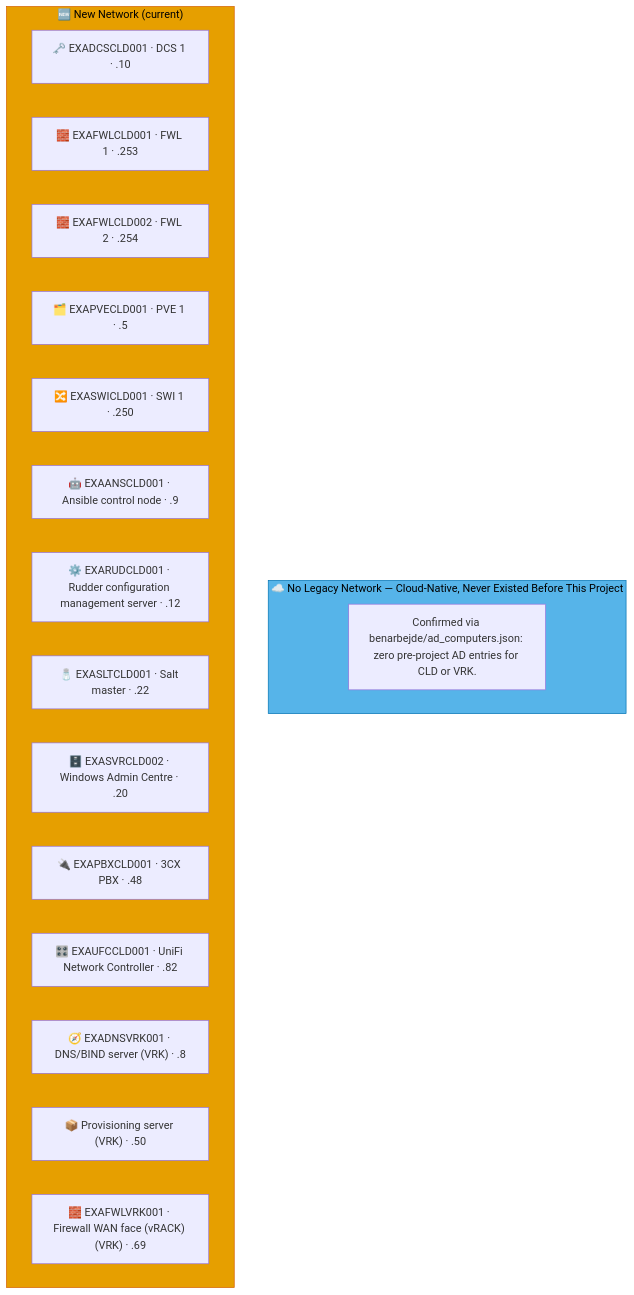
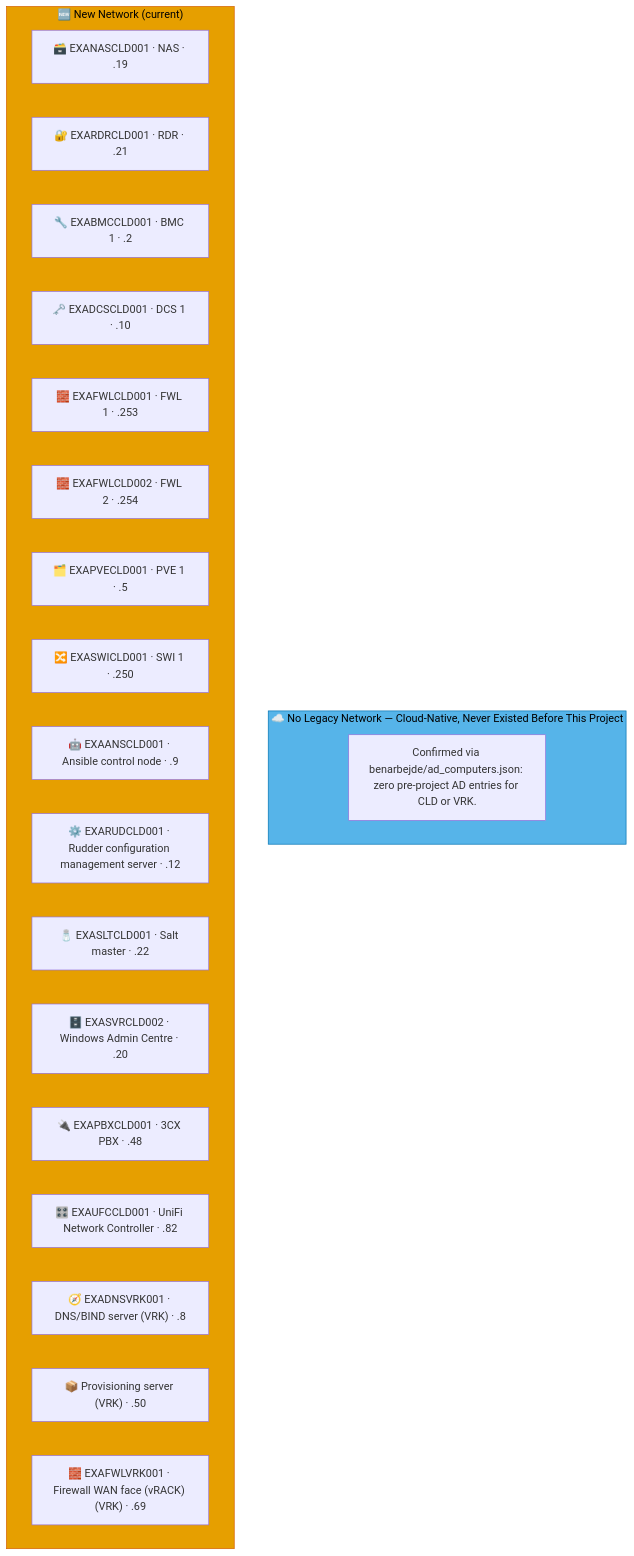
One commit to knightmare2600/example_music_infra changed the diagram in docs/network-diagram/cld.md. Above: the diagram before and after it, drawn with Mermaid. The commit also changed 15 other files, not shown here.

````diff
--- a/docs/network-diagram/cld.md
+++ b/docs/network-diagram/cld.md
@@ -23,26 +23,29 @@
 ```mermaid
 graph TD
     subgraph OLD_CLD ["☁️ No Legacy Network — Cloud-Native, Never Existed Before This Project"]
       N_OLD_NOTE["Confirmed via benarbejde/ad_computers.json: zero pre-project AD entries for CLD or VRK."]
     end
     style OLD_CLD fill:#56B4E9,stroke:#0072B2,color:#000000
     %% GENERATED:NEW-NETWORK:CLD:START
     subgraph NEW_CLD ["🆕 New Network (current)"]
+      N_NAS["🗃️ EXANASCLD001 · NAS · .19"]
+      N_RDR["🔐 EXARDRCLD001 · RDR · .21"]
+      N_BMC["🔧 EXABMCCLD001 · BMC 1 · .2"]
       N_DCS["🗝️ EXADCSCLD001 · DCS 1 · .10"]
       N_FWL["🧱 EXAFWLCLD001 · FWL 1 · .253"]
       N_FWL2["🧱 EXAFWLCLD002 · FWL 2 · .254"]
       N_PVE["🗂️ EXAPVECLD001 · PVE 1 · .5"]
       N_SWI["🔀 EXASWICLD001 · SWI 1 · .250"]
       N_ANS["🤖 EXAANSCLD001 · Ansible control node · .9"]
       N_RUD["⚙️ EXARUDCLD001 · Rudder configuration management server · .12"]
       N_SLT["🧂 EXASLTCLD001 · Salt master · .22"]
       N_SVR["🗄️ EXASVRCLD002 · Windows Admin Centre · .20"]
       N_PBX["🔌 EXAPBXCLD001 · 3CX PBX · .48"]
       N_UFC["🎛️ EXAUFCCLD001 · UniFi Network Controller · .82"]
       N_DNS["🧭 EXADNSVRK001 · DNS/BIND server (VRK) · .8"]
       N_TMP["📦 Provisioning server (VRK) · .50"]
       N_FWL3["🧱 EXAFWLVRK001 · Firewall WAN face (vRACK) (VRK) · .69"]
     end
     style NEW_CLD fill:#E69F00,stroke:#D55E00,color:#000000
     %% GENERATED:NEW-NETWORK:CLD:END
 ```
````
